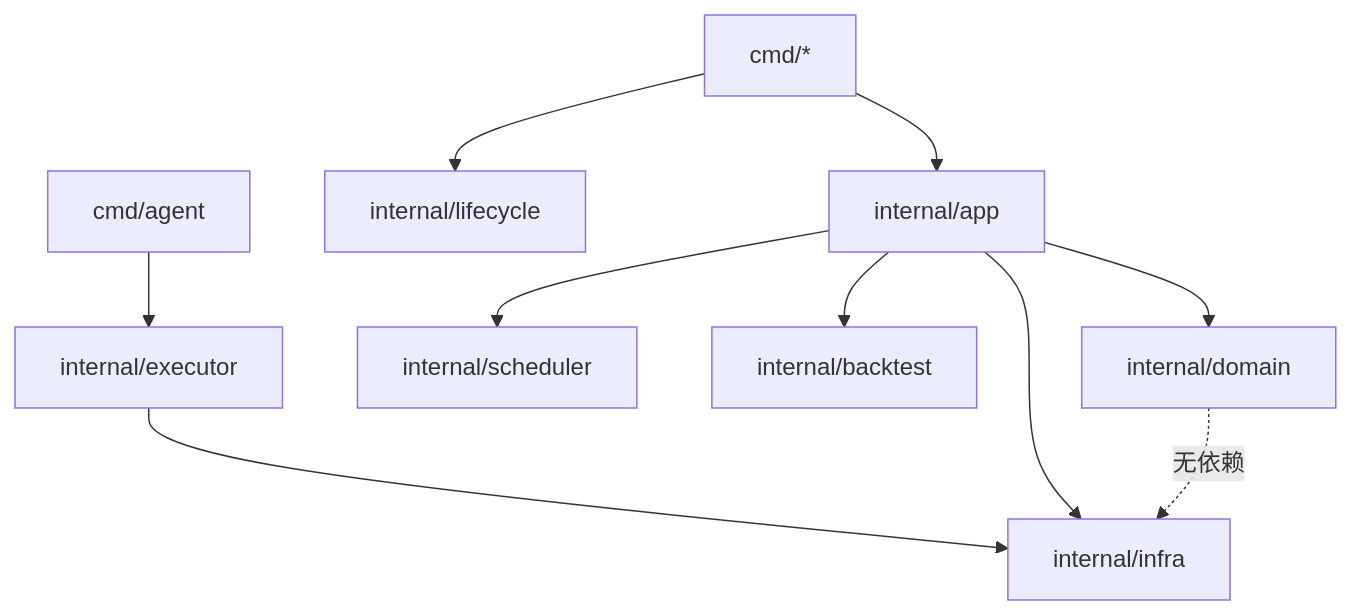
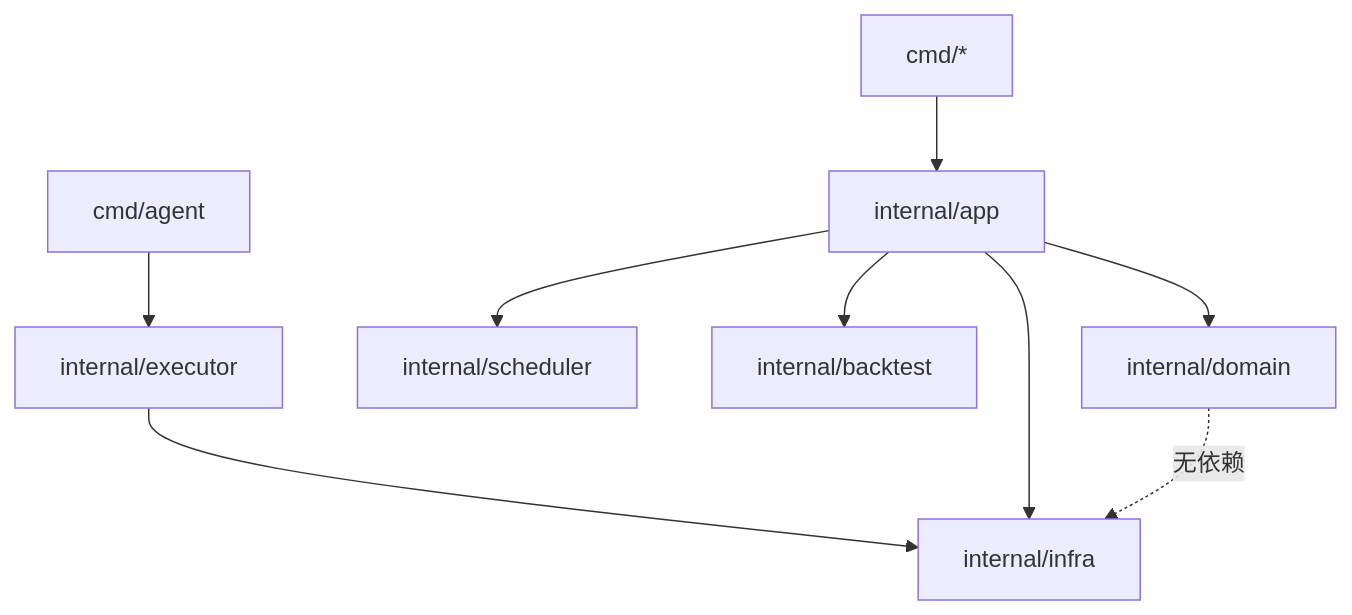
The diagram in docs/architecture.md (JerrrMi/quant), drawn with Mermaid before and after one commit. The commit also changed 31 other files, not shown here.

````diff
--- a/docs/architecture.md
+++ b/docs/architecture.md
@@ -11,12 +11,11 @@
 ```mermaid
 flowchart TB
   cmd[cmd/*] --> app[internal/app]
-  cmd --> lifecycle[internal/lifecycle]
   app --> domain[internal/domain]
   app --> scheduler[internal/scheduler]
   app --> backtest[internal/backtest]
   agentCmd[cmd/agent] --> executor[internal/executor]
   executor --> infra[internal/infra]
   app --> infra
   domain -.->|无依赖| infra
 ```
````
